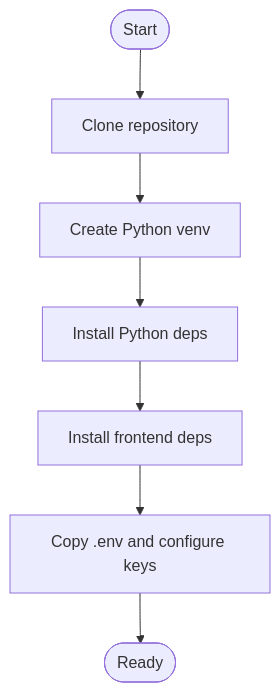
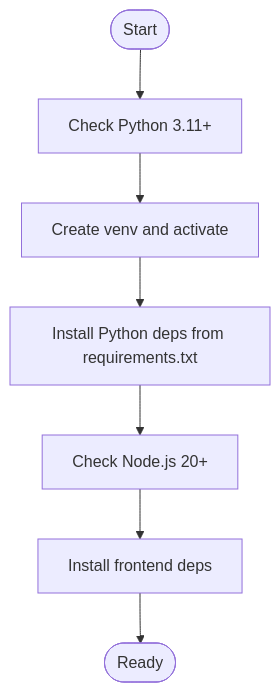
One commit to keysight-anya/AutoPoV changed the first of 9 diagrams in .qoder/repowiki/en/content/Getting Started.md. Above: the diagram before and after it, drawn with Mermaid. The commit also changed other lines of this file and 218 other files, not shown here.

````diff
--- a/.qoder/repowiki/en/content/Getting Started.md
+++ b/.qoder/repowiki/en/content/Getting Started.md
@@ -114,9 +58,9 @@
 ```mermaid
 flowchart TD
-Start(["Start"]) --> Clone["Clone repository"]
-Clone --> Venv["Create Python venv"]
-Venv --> Pip["Install Python deps"]
-Pip --> Npm["Install frontend deps"]
-Npm --> Env["Copy .env and configure keys"]
-Env --> Ready(["Ready"])
+Start(["Start"]) --> CheckPy["Check Python 3.11+"]
+CheckPy --> Venv["Create venv and activate"]
+Venv --> Pip["Install Python deps from requirements.txt"]
+Pip --> CheckNode["Check Node.js 20+"]
+CheckNode --> Npm["Install frontend deps"]
+Npm --> Ready(["Ready"])
 ```
````
